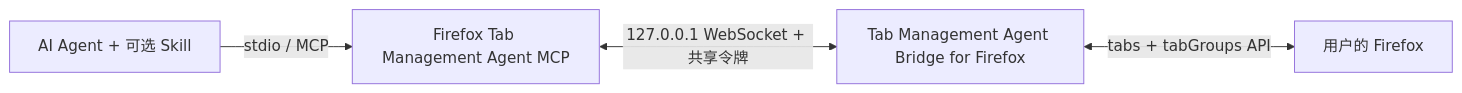
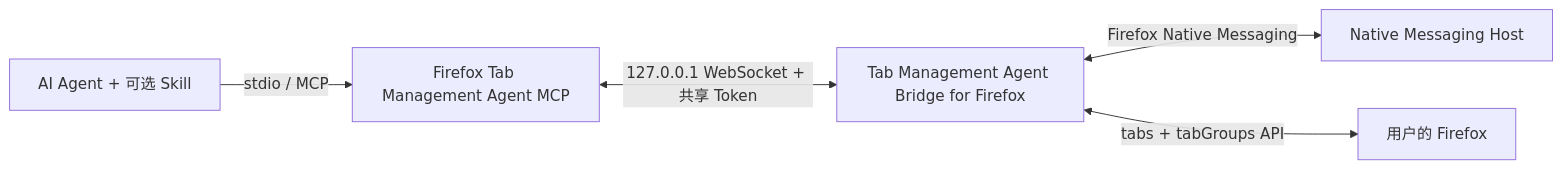
Before and after one commit to Johnnyzlee/agent-bridge-for-tab-management-in-firefox: the diagram in README.zh-CN.md, drawn with Mermaid. The commit also changed other lines of this file and 33 other files, not shown here.

First line of the commit message:
feat: v0.4.0 automatic pairing via Native Messaging

````diff
--- a/README.zh-CN.md
+++ b/README.zh-CN.md
@@ -129,6 +168,7 @@
 ```mermaid
 flowchart LR
     A["AI Agent + 可选 Skill"] -->|"stdio / MCP"| B["Firefox Tab Management Agent MCP"]
-    B <-->|"127.0.0.1 WebSocket + 共享令牌"| C["Tab Management Agent Bridge for Firefox"]
+    B <-->|"127.0.0.1 WebSocket + 共享 Token"| C["Tab Management Agent Bridge for Firefox"]
+    C <-->|"Firefox Native Messaging"| E["Native Messaging Host"]
     C <-->|"tabs + tabGroups API"| D["用户的 Firefox"]
 ```
````
